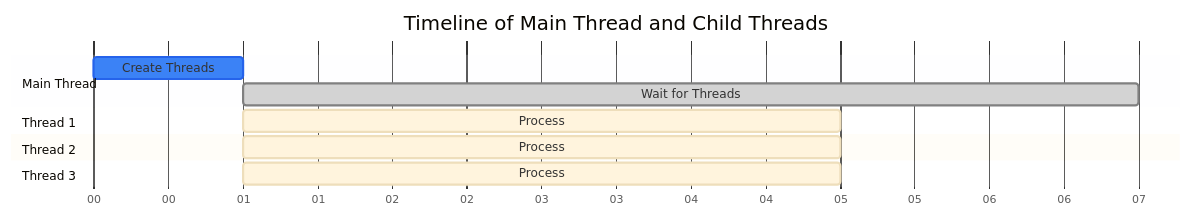
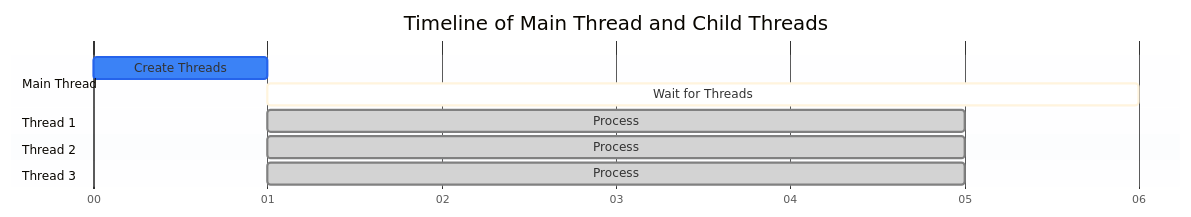
Before and after one commit to rain1024/python-adventure: the second of 2 diagrams in README.md, drawn with Mermaid.

````diff
--- a/README.md
+++ b/README.md
@@ -89,30 +89,38 @@
 ```mermaid
 gantt
     title Timeline of Main Thread and Child Threads
     dateFormat s
     axisFormat %S
+    tickInterval 1second
 
     section Main Thread
     Create Threads :crit, a1, 0, 1s
-    Wait for Threads :done, a2, after a1, 6s
+    Wait for Threads :active, a2, after a1, 5s
 
     section Thread 1
-    Process :t1, after a1, 4s
+    Process :done, t1, after a1, 4s
 
     section Thread 2
-    Process :t2, after a1, 4s
+    Process :done, t2, after a1, 4s
 
     section Thread 3
-    Process :t3, after a1, 4s
+    Process :done, t3, after a1, 4s
 
     %%{init: { 
         'theme': 'base',
         'themeVariables': {
             'critBorderColor': '#2563eb',
             'critBkgColor': '#3b82f6',
-            'doneColor': '#3b82f6',
-            'doneBorderColor': '#2563eb',
+            'activeBorderColor': '#2563eb',
+            'activeBkgColor': '#3b82f6',
+            'doneBorderColor': '#dc2626',
+            'doneBkgColor': '#ef4444',
+            'sectionBkgColor': '#f8fafc',
+            'sectionBkgColor2': '#f1f5f9',
+            'altSectionBkgColor': '#f8fafc',
+            'todayLineColor': '#475569',
+            'gridColor': '#cbd5e1',
             'lineWidth': '1px'
         }
     }}%%
 ```
````
